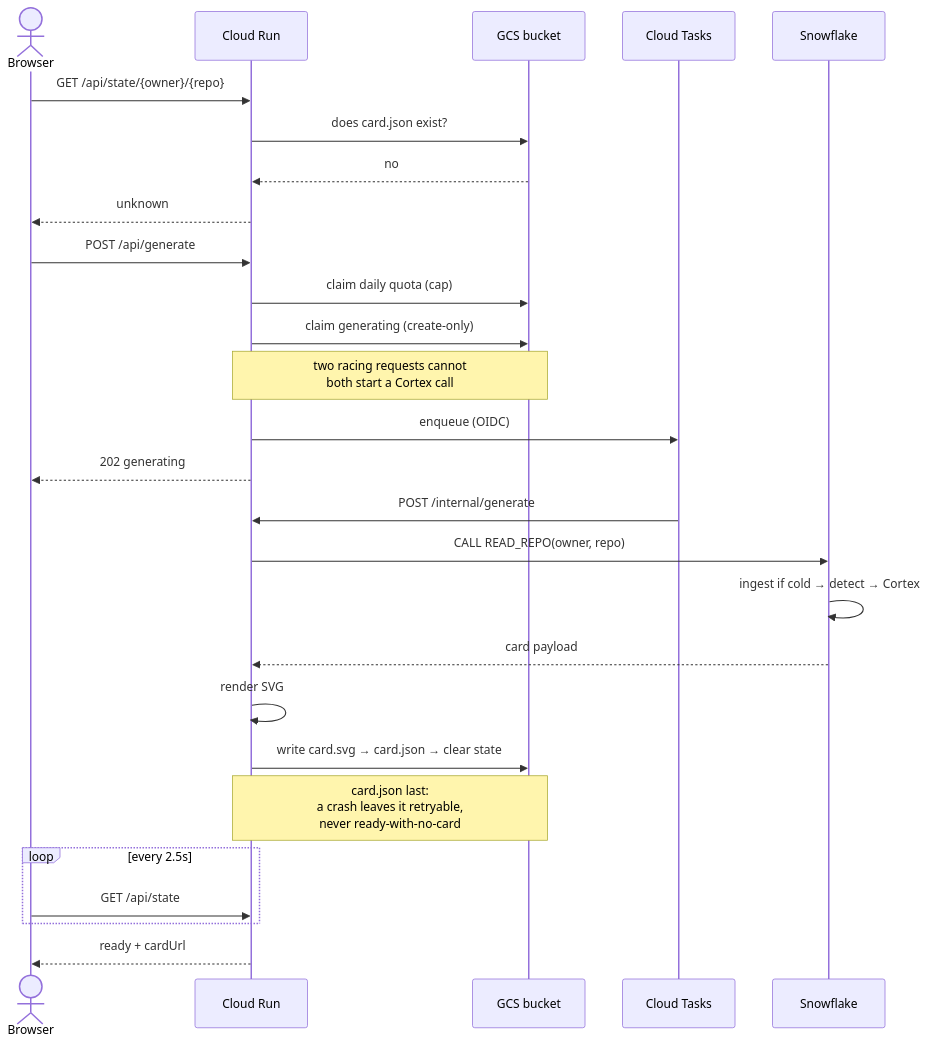
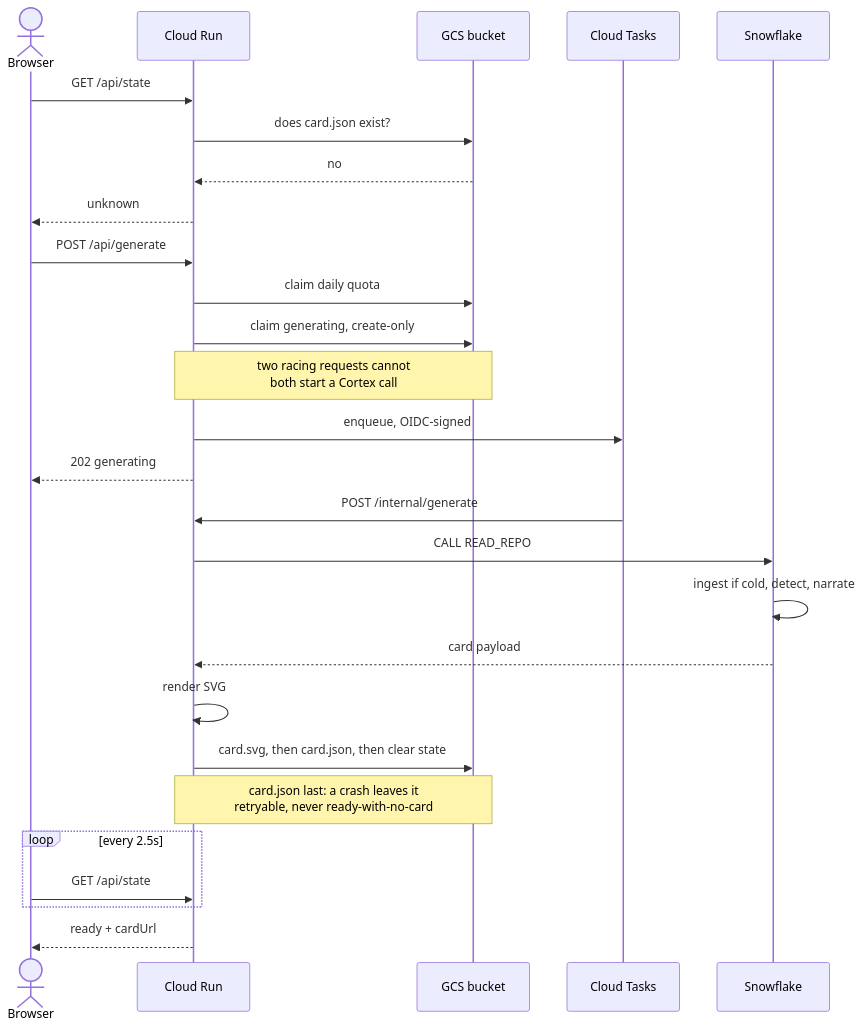
One commit to anchildress1/commit-chronicles changed the second of 3 diagrams in README.md. Above: the diagram before and after it, drawn with Mermaid. The commit also changed other lines of this file and 2 other files, not shown here.

First line of the commit message:
fix(docs): strip HTML from Mermaid labels so GitHub renders them

````diff
--- a/README.md
+++ b/README.md
@@ -126,37 +126,37 @@
 ```mermaid
 sequenceDiagram
     accTitle: Generation sequence
     accDescr: The browser reads state first and only posts to generate on a miss. Cloud Run claims a quota slot and a generating marker, then enqueues a Cloud Tasks job. The worker calls Snowflake, renders the SVG, and writes it to the bucket. The browser polls state until ready.
 
     actor U as Browser
     participant R as Cloud Run
     participant B as GCS bucket
     participant Q as Cloud Tasks
     participant S as Snowflake
 
-    U->>R: GET /api/state/{owner}/{repo}
+    U->>R: GET /api/state
     R->>B: does card.json exist?
     B-->>R: no
     R-->>U: unknown
 
     U->>R: POST /api/generate
-    R->>B: claim daily quota (cap)
-    R->>B: claim generating (create-only)
+    R->>B: claim daily quota
+    R->>B: claim generating, create-only
     Note over R,B: two racing requests cannot<br/>both start a Cortex call
-    R->>Q: enqueue (OIDC)
+    R->>Q: enqueue, OIDC-signed
     R-->>U: 202 generating
 
     Q->>R: POST /internal/generate
-    R->>S: CALL READ_REPO(owner, repo)
-    S->>S: ingest if cold → detect → Cortex
+    R->>S: CALL READ_REPO
+    S->>S: ingest if cold, detect, narrate
     S-->>R: card payload
 
     R->>R: render SVG
-    R->>B: write card.svg → card.json → clear state
-    Note over R,B: card.json last:<br/>a crash leaves it retryable,<br/>never ready-with-no-card
+    R->>B: card.svg, then card.json, then clear state
+    Note over R,B: card.json last: a crash leaves it<br/>retryable, never ready-with-no-card
 
     loop every 2.5s
         U->>R: GET /api/state
     end
     R-->>U: ready + cardUrl
 ```
````
